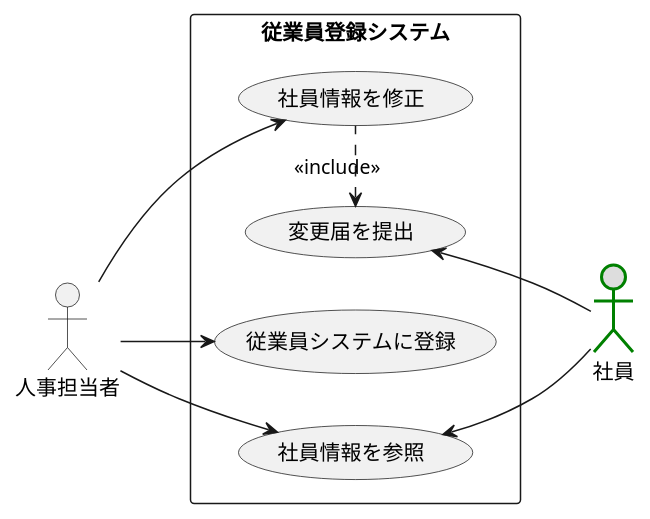
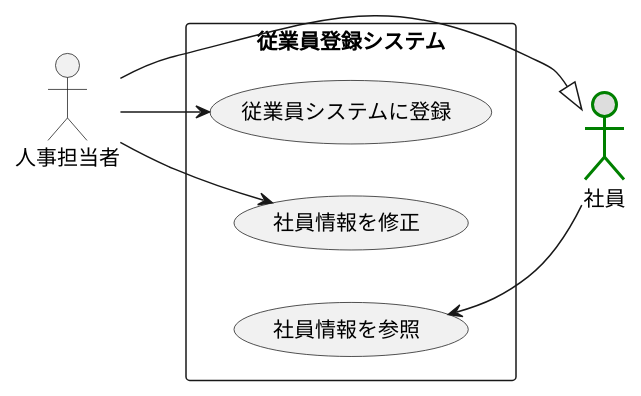
One commit to sakamotoshuri/uml_introduction changed the diagram in 演習2-6_盛岡システム_従業員登録システム.pu. Above: the diagram before and after it, drawn with PlantUML. The commit also changed 1 other file, not shown here.

```diff
--- a/演習2-6_盛岡システム_従業員登録システム.pu
+++ b/演習2-6_盛岡システム_従業員登録システム.pu
@@ -1,18 +1,15 @@
 @startuml 例題1
 left to right direction
 actor 社員 #DDD;line:Green;line.bold;
 actor 人事担当者
 rectangle 従業員登録システム {
 usecase 従業員システムに登録
 usecase 社員情報を修正
-usecase 変更届を提出
 usecase 社員情報を参照
 }
 人事担当者 --> 従業員システムに登録
 人事担当者 --> 社員情報を修正
-変更届を提出 <. 社員情報を修正: <<include>>
 社員情報を参照 <-- 社員
-人事担当者 --> 社員情報を参照
-変更届を提出 <-- 社員
+人事担当者 --|> 社員
 
 @enduml
```
